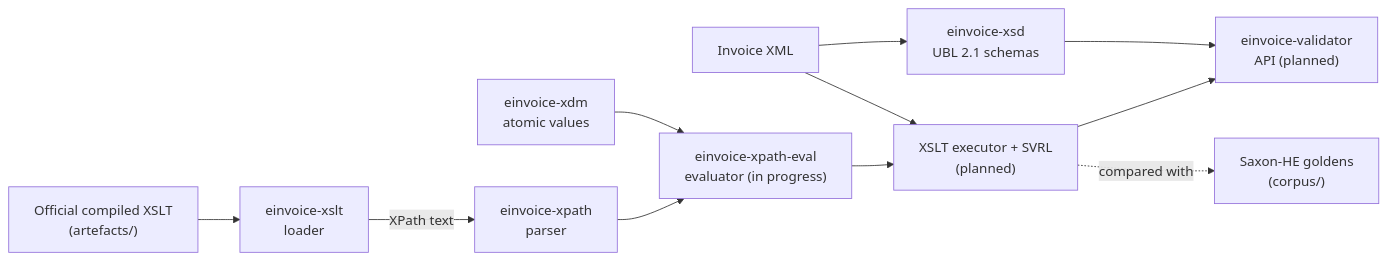
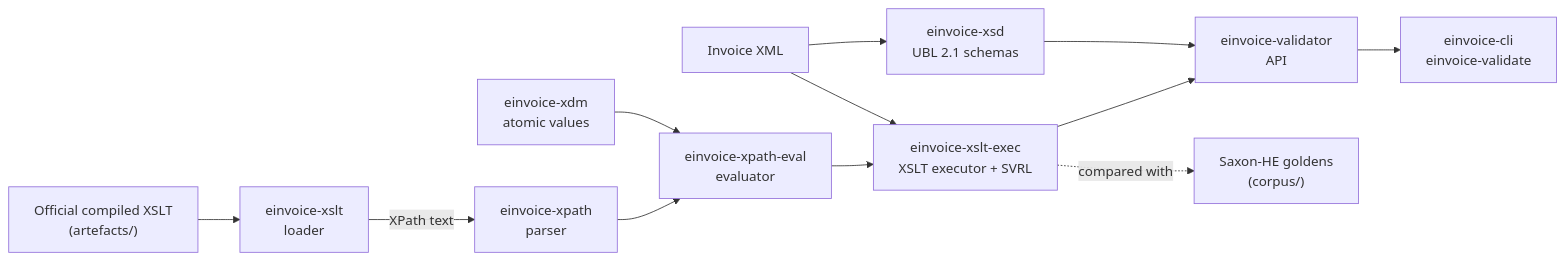
The diagram in README.md (einvoice-validator/einvoice-validator), drawn with Mermaid before and after one commit. The commit also changed other lines of this file and 2 other files, not shown here.

First line of the commit message:
README and changelog: public API and command-line tool

````diff
--- a/README.md
+++ b/README.md
@@ -71,13 +147,14 @@
 ```mermaid
 flowchart LR
     xslt["Official compiled XSLT<br/>(artefacts/)"] --> loader["einvoice-xslt<br/>loader"]
     loader -->|XPath text| parser["einvoice-xpath<br/>parser"]
-    parser --> eval["einvoice-xpath-eval<br/>evaluator (in progress)"]
+    parser --> eval["einvoice-xpath-eval<br/>evaluator"]
     xdm["einvoice-xdm<br/>atomic values"] --> eval
-    eval --> exec["XSLT executor + SVRL<br/>(planned)"]
+    eval --> exec["einvoice-xslt-exec<br/>XSLT executor + SVRL"]
     invoice["Invoice XML"] --> exec
-    exec --> api["einvoice-validator<br/>API (planned)"]
+    exec --> api["einvoice-validator<br/>API"]
     invoice --> xsd["einvoice-xsd<br/>UBL 2.1 schemas"]
     xsd --> api
+    api --> cli["einvoice-cli<br/>einvoice-validate"]
     exec -.->|compared with| golden["Saxon-HE goldens<br/>(corpus/)"]
 ```
````
